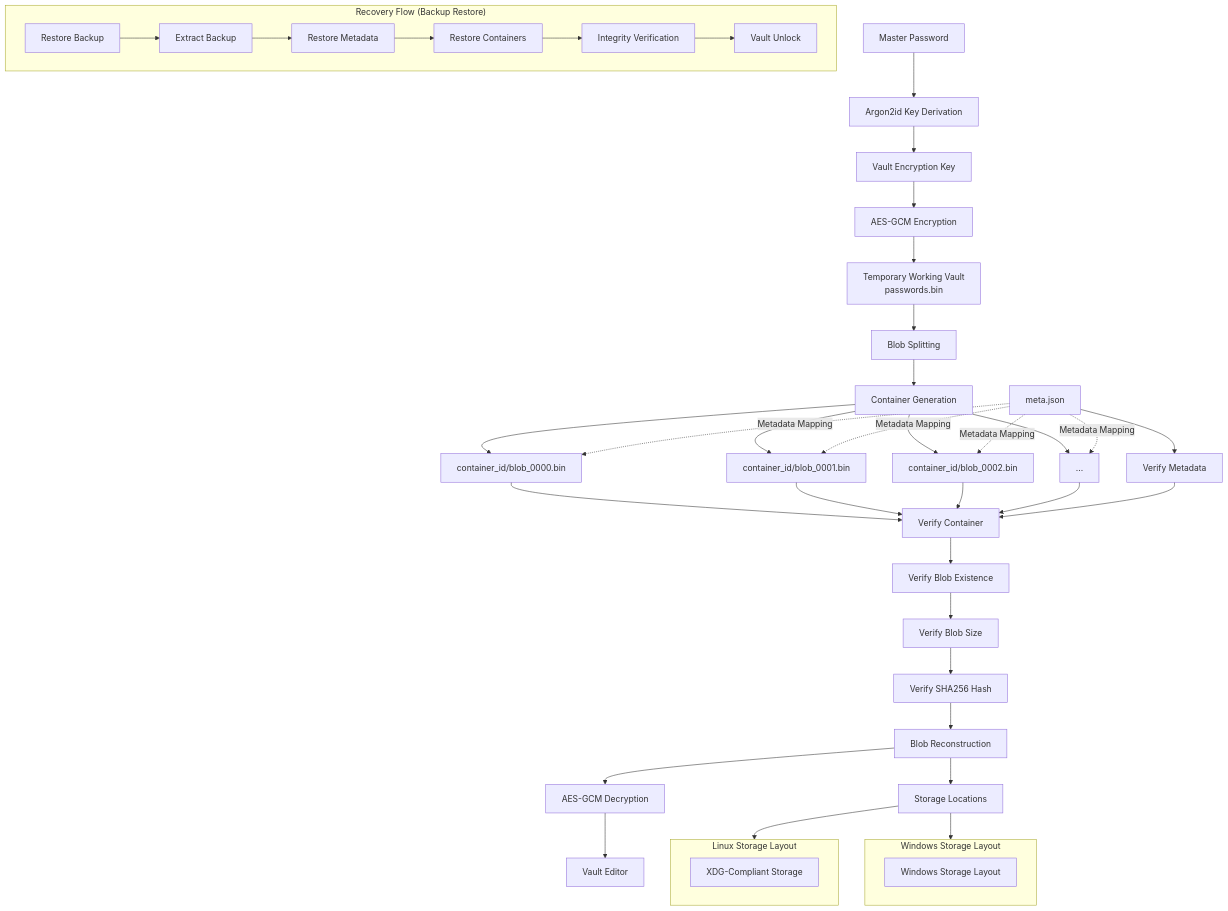
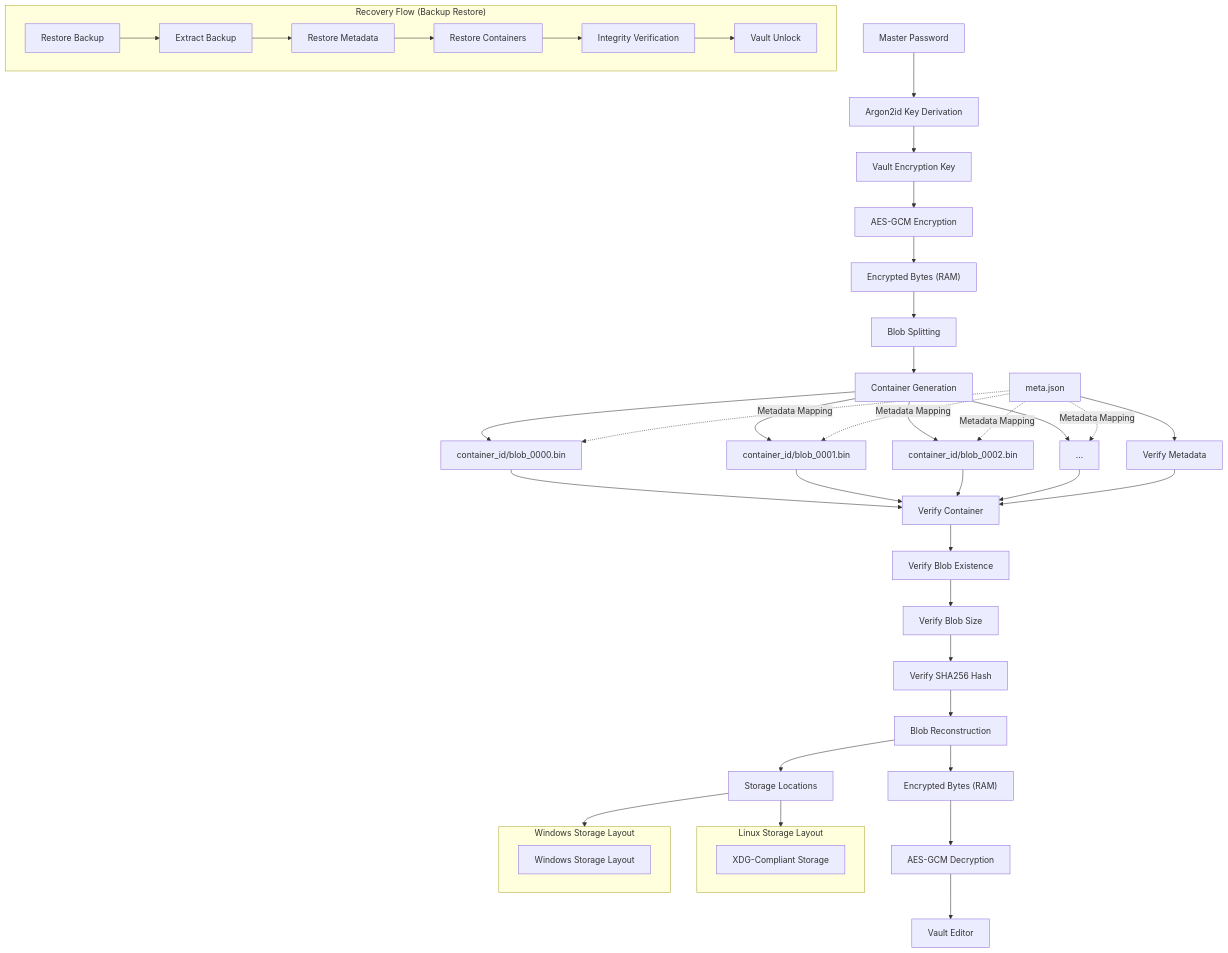
Before and after one commit to Money-Ape/PassCore: the diagram in ARCHITECTURE.md, drawn with Mermaid. The commit also changed other lines of this file and 2 other files, not shown here.

First line of the commit message:
feat: add auto-lock timer and memory-only vault processing - Added inactivity-based auto-lock timer - Added automatic vault locking after user inactivity

```diff
--- a/ARCHITECTURE.md
+++ b/ARCHITECTURE.md
@@ -11,15 +11,15 @@
 A["Argon2id Key Derivation"]
 K["Vault Encryption Key"]
 E["AES-GCM Encryption"]
-W["Temporary Working Vault<br/>passwords.bin"]
+RAM1["Encrypted Bytes (RAM)"]
 B["Blob Splitting"]
 C["Container Generation"]
 
 MP --> A
 A --> K
 K --> E
-E --> W
-W --> B
+E --> RAM1
+RAM1 --> B
 B --> C
 
 %% ==========================================================
@@ -65,11 +65,13 @@
 %% ==========================================================
 
 BR["Blob Reconstruction"]
+RAM2["Encrypted Bytes (RAM)"]
 DEC["AES-GCM Decryption"]
 EDITOR["Vault Editor"]
 
 VH --> BR
-BR --> DEC
+BR --> RAM2
+RAM2 --> DEC
 DEC --> EDITOR
 
 %% ==========================================================
```
